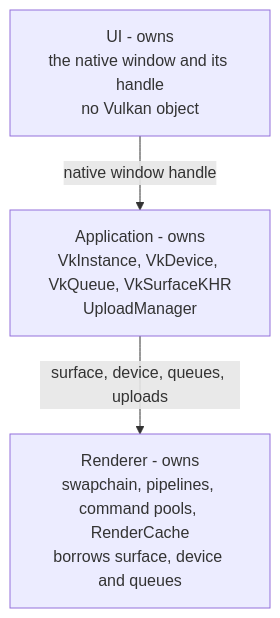
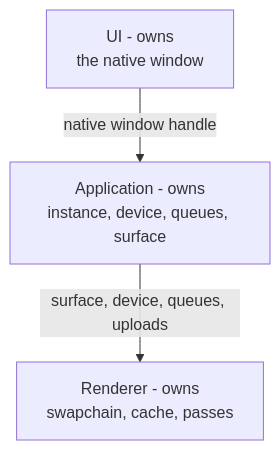
One commit to XDzZyq/Neurus changed the diagram in docs/architecture/ownership.md. Above: the diagram before and after it, drawn with Mermaid. The commit also changed 14 other files, not shown here.

First line of the commit message:
docs(diagrams): cut node labels to two short lines

````diff
--- a/docs/architecture/ownership.md
+++ b/docs/architecture/ownership.md
@@ -9,9 +9,9 @@
 ```mermaid
 flowchart TD
-    app["Application - owns<br/>VkInstance, VkDevice, VkQueue, VkSurfaceKHR<br/>UploadManager"]
-    ui["UI - owns<br/>the native window and its handle<br/>no Vulkan object"]
-    renderer["Renderer - owns<br/>swapchain, pipelines, command pools, RenderCache<br/>borrows surface, device and queues"]
+    app["Application - owns<br/>instance, device, queues, surface"]
+    ui["UI - owns<br/>the native window"]
+    renderer["Renderer - owns<br/>swapchain, cache, passes"]
 
     ui -->|"native window handle"| app
     app -->|"surface, device, queues, uploads"| renderer
 ```
````
